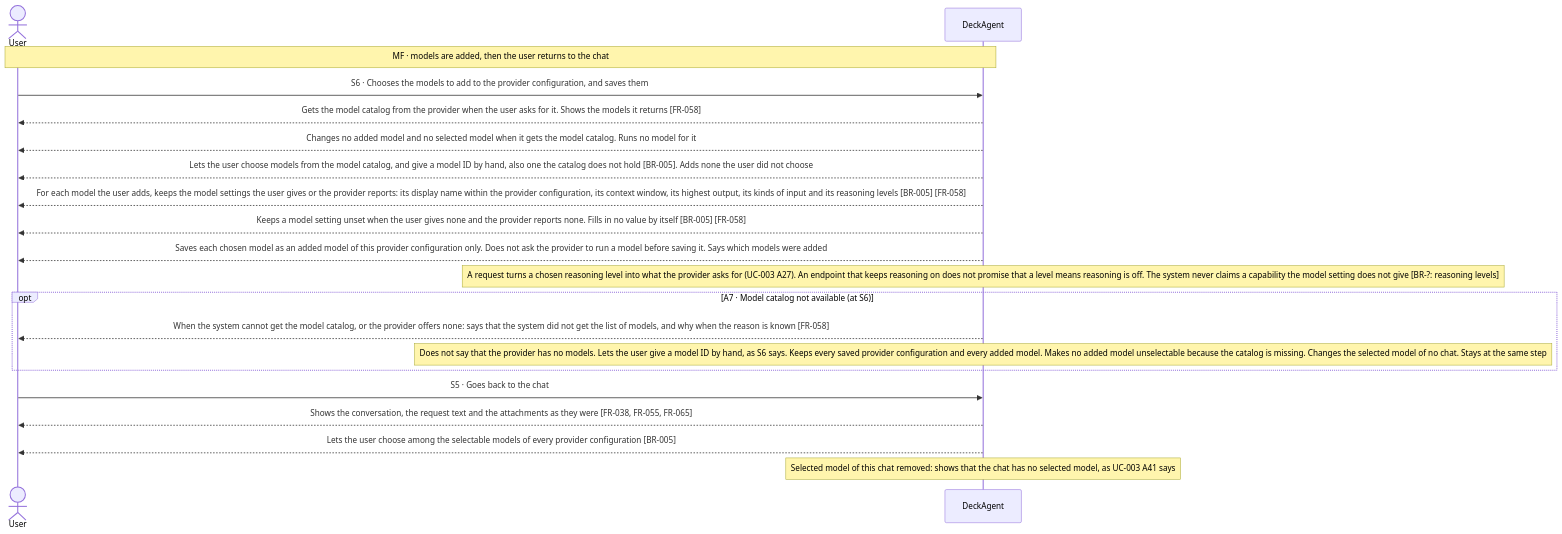
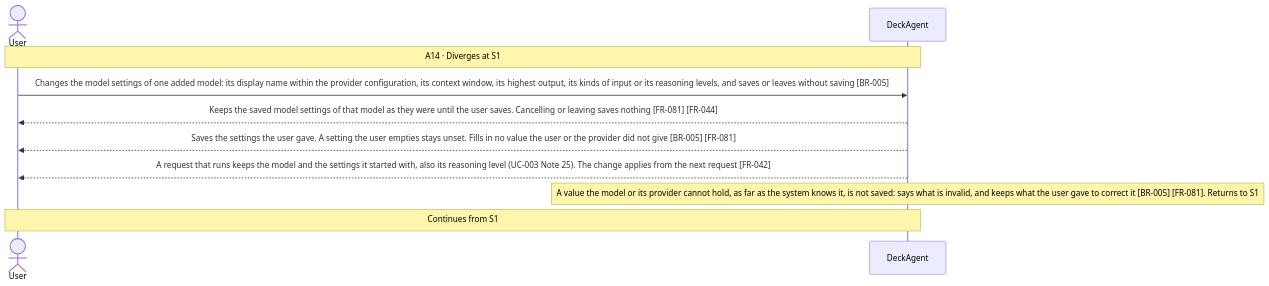
One commit to Luke23127006/DeckAgent changed diagram 15 of 15 in docs/spec/03-use-cases/UC-005.md. Above: the diagram before and after it, drawn with Mermaid. The commit also changed other lines of this file and 25 other files, not shown here.

Commit message:
docs(spec): restructure use cases with main flow first

````diff
--- a/docs/spec/03-use-cases/UC-005.md
+++ b/docs/spec/03-use-cases/UC-005.md
@@ -153,22 +259,12 @@
 ```mermaid
 sequenceDiagram
     actor User
     participant DeckAgent
-    Note over User,DeckAgent: MF · models are added, then the user returns to the chat
-    User->>DeckAgent: S6 · Chooses the models to add to the provider configuration, and saves them
-    DeckAgent-->>User: Gets the model catalog from the provider when the user asks for it. Shows the models it returns [FR-058]
-    DeckAgent-->>User: Changes no added model and no selected model when it gets the model catalog. Runs no model for it
-    DeckAgent-->>User: Lets the user choose models from the model catalog, and give a model ID by hand, also one the catalog does not hold [BR-005]. Adds none the user did not choose
-    DeckAgent-->>User: For each model the user adds, keeps the model settings the user gives or the provider reports: its display name within the provider configuration, its context window, its highest output, its kinds of input and its reasoning levels [BR-005] [FR-058]
-    DeckAgent-->>User: Keeps a model setting unset when the user gives none and the provider reports none. Fills in no value by itself [BR-005] [FR-058]
-    DeckAgent-->>User: Saves each chosen model as an added model of this provider configuration only. Does not ask the provider to run a model before saving it. Says which models were added
-    note over DeckAgent: A request turns a chosen reasoning level into what the provider asks for (UC-003 A27). An endpoint that keeps reasoning on does not promise that a level means reasoning is off. The system never claims a capability the model setting does not give [BR-?: reasoning levels]
-    opt A7 · Model catalog not available (at S6)
-        DeckAgent-->>User: When the system cannot get the model catalog, or the provider offers none: says that the system did not get the list of models, and why when the reason is known [FR-058]
-        note over DeckAgent: Does not say that the provider has no models. Lets the user give a model ID by hand, as S6 says. Keeps every saved provider configuration and every added model. Makes no added model unselectable because the catalog is missing. Changes the selected model of no chat. Stays at the same step
-    end
-    User->>DeckAgent: S5 · Goes back to the chat
-    DeckAgent-->>User: Shows the conversation, the request text and the attachments as they were [FR-038, FR-055, FR-065]
-    DeckAgent-->>User: Lets the user choose among the selectable models of every provider configuration [BR-005]
-    note over DeckAgent: Selected model of this chat removed: shows that the chat has no selected model, as UC-003 A41 says
+    Note over User,DeckAgent: A14 · Diverges at S1
+    User->>DeckAgent: Changes the model settings of one added model: its display name within the provider configuration, its context window, its highest output, its kinds of input or its reasoning levels, and saves or leaves without saving [BR-005]
+    DeckAgent-->>User: Keeps the saved model settings of that model as they were until the user saves. Cancelling or leaving saves nothing [FR-081] [FR-044]
+    DeckAgent-->>User: Saves the settings the user gave. A setting the user empties stays unset. Fills in no value the user or the provider did not give [BR-005] [FR-081]
+    DeckAgent-->>User: A request that runs keeps the model and the settings it started with, also its reasoning level (UC-003 Note 25). The change applies from the next request [FR-042]
+    note over DeckAgent: A value the model or its provider cannot hold, as far as the system knows it, is not saved: says what is invalid, and keeps what the user gave to correct it [BR-005] [FR-081]. Returns to S1
+    Note over User,DeckAgent: Continues from S1
 ```
````
